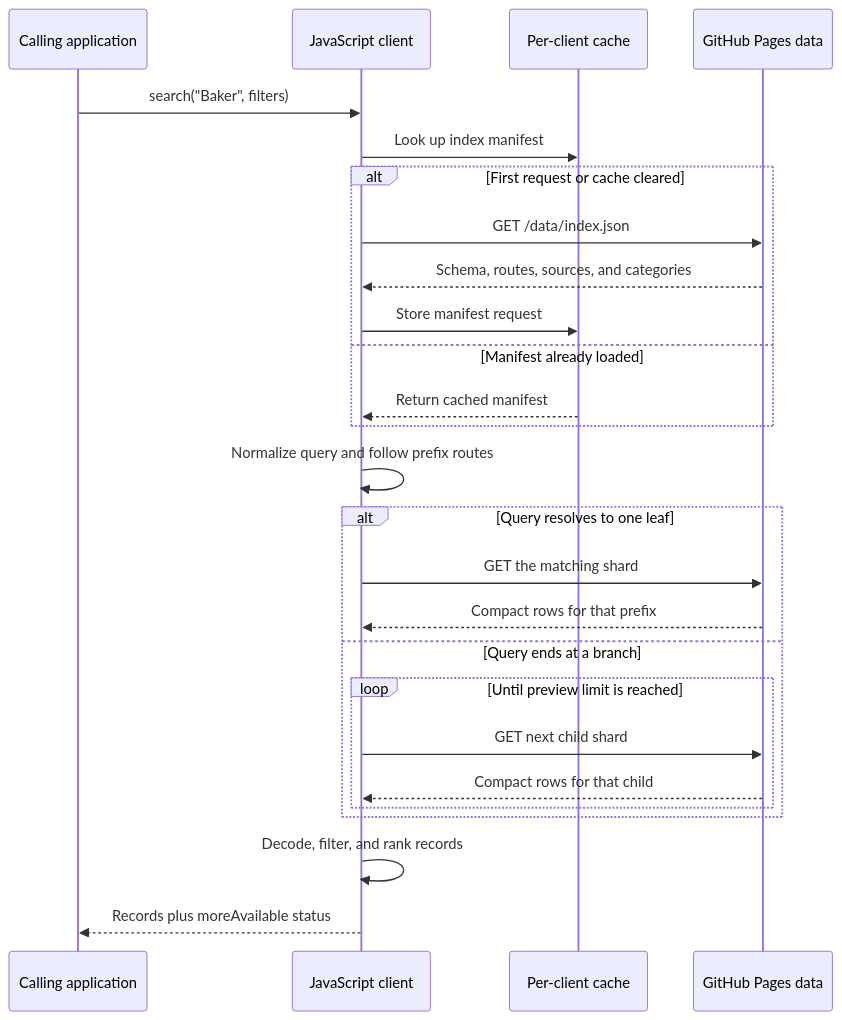
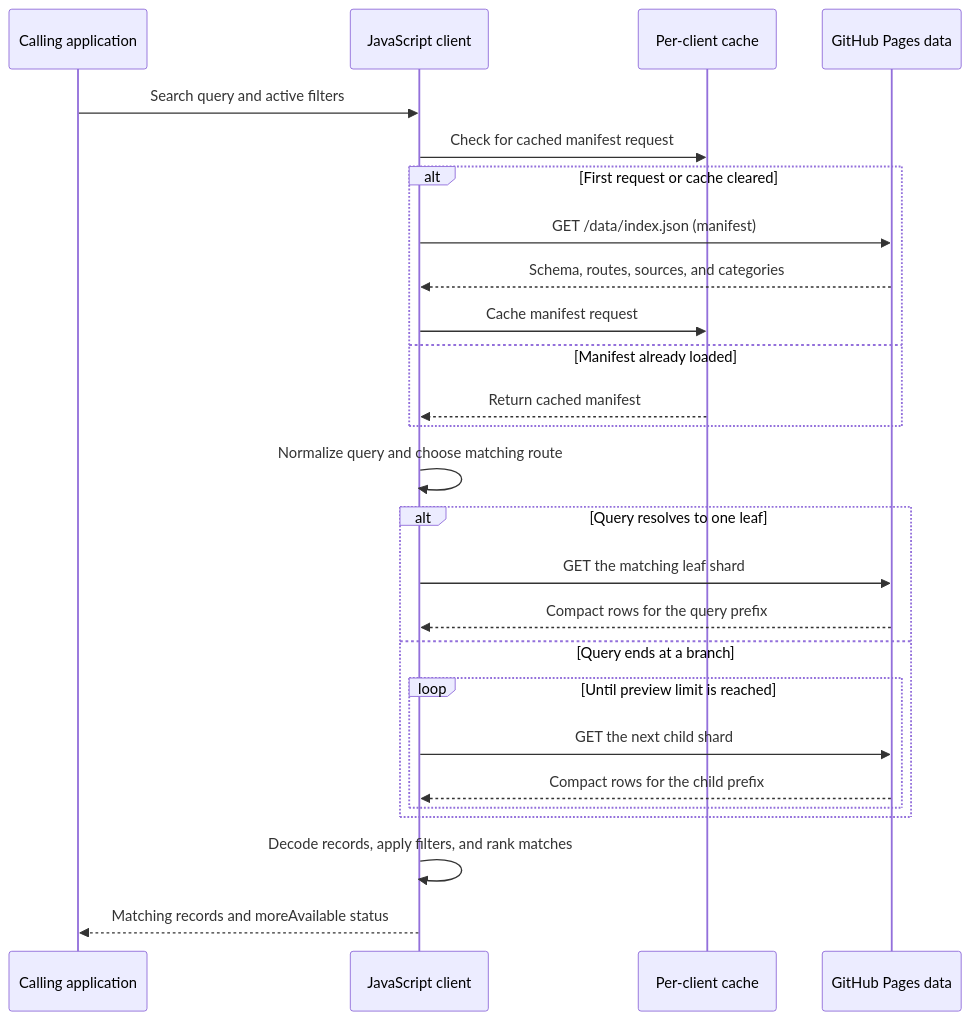
One commit to Geovation/gb-name-index changed the diagram in docs/javascript-client.md. Above: the diagram before and after it, drawn with Mermaid. The commit also changed other lines of this file and 12 other files, not shown here.

Commit message:
feat: adding styling for mermaid

````diff
--- a/docs/javascript-client.md
+++ b/docs/javascript-client.md
@@ -96,29 +96,29 @@
 ```mermaid
 %% caption: The client caches metadata, fetches the query's leaf or a bounded branch preview, then returns ranked records.
 sequenceDiagram
   participant App as Calling application
   participant Client as JavaScript client
   participant Cache as Per-client cache
   participant Pages as GitHub Pages data
-  App->>Client: search("Baker", filters)
-  Client->>Cache: Look up index manifest
+  App->>Client: Search query and active filters
+  Client->>Cache: Check for cached manifest request
   alt First request or cache cleared
-    Client->>Pages: GET /data/index.json
+    Client->>Pages: GET /data/index.json (manifest)
     Pages-->>Client: Schema, routes, sources, and categories
-    Client->>Cache: Store manifest request
+    Client->>Cache: Cache manifest request
   else Manifest already loaded
     Cache-->>Client: Return cached manifest
   end
-  Client->>Client: Normalize query and follow prefix routes
+  Client->>Client: Normalize query and choose matching route
   alt Query resolves to one leaf
-    Client->>Pages: GET the matching shard
-    Pages-->>Client: Compact rows for that prefix
+    Client->>Pages: GET the matching leaf shard
+    Pages-->>Client: Compact rows for the query prefix
   else Query ends at a branch
     loop Until preview limit is reached
-      Client->>Pages: GET next child shard
-      Pages-->>Client: Compact rows for that child
+      Client->>Pages: GET the next child shard
+      Pages-->>Client: Compact rows for the child prefix
     end
   end
-  Client->>Client: Decode, filter, and rank records
-  Client-->>App: Records plus moreAvailable status
+  Client->>Client: Decode records, apply filters, and rank matches
+  Client-->>App: Matching records and moreAvailable status
 ```
````
